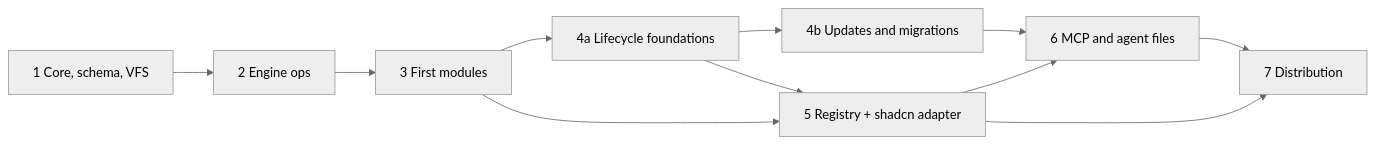
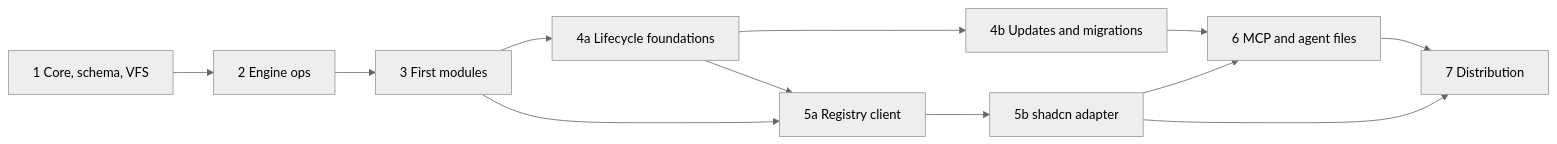
Before and after one commit to andryorelabs/aokit: the diagram in docs/roadmap.md, drawn with Mermaid (neutral theme). The commit also changed other lines of this file and 8 other files, not shown here.

First line of the commit message:
docs: 📝 add phase 5a registry client decisions (#27)

````diff
--- a/docs/roadmap.md
+++ b/docs/roadmap.md
@@ -7,13 +7,14 @@
 ```mermaid
 flowchart LR
   P1[1 Core, schema, VFS] --> P2[2 Engine ops]
   P2 --> P3[3 First modules]
   P3 --> P4A[4a Lifecycle foundations]
   P4A --> P4B[4b Updates and migrations]
-  P3 --> P5[5 Registry + shadcn adapter]
-  P4A --> P5
+  P3 --> P5A[5a Registry client]
+  P4A --> P5A
+  P5A --> P5B[5b shadcn adapter]
   P4B --> P6[6 MCP and agent files]
-  P5 --> P6
+  P5B --> P6
   P6 --> P7[7 Distribution]
-  P5 --> P7
+  P5B --> P7
 ```
````
